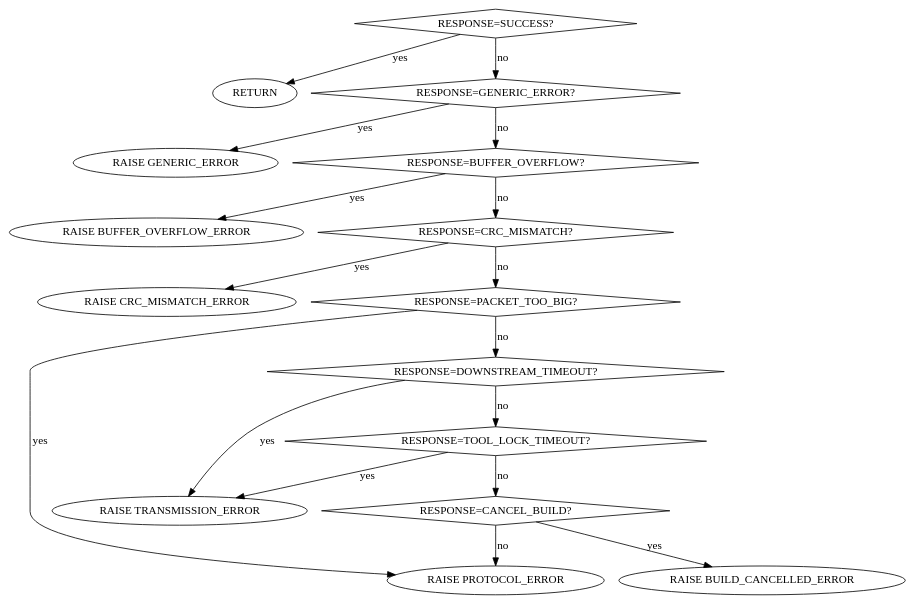
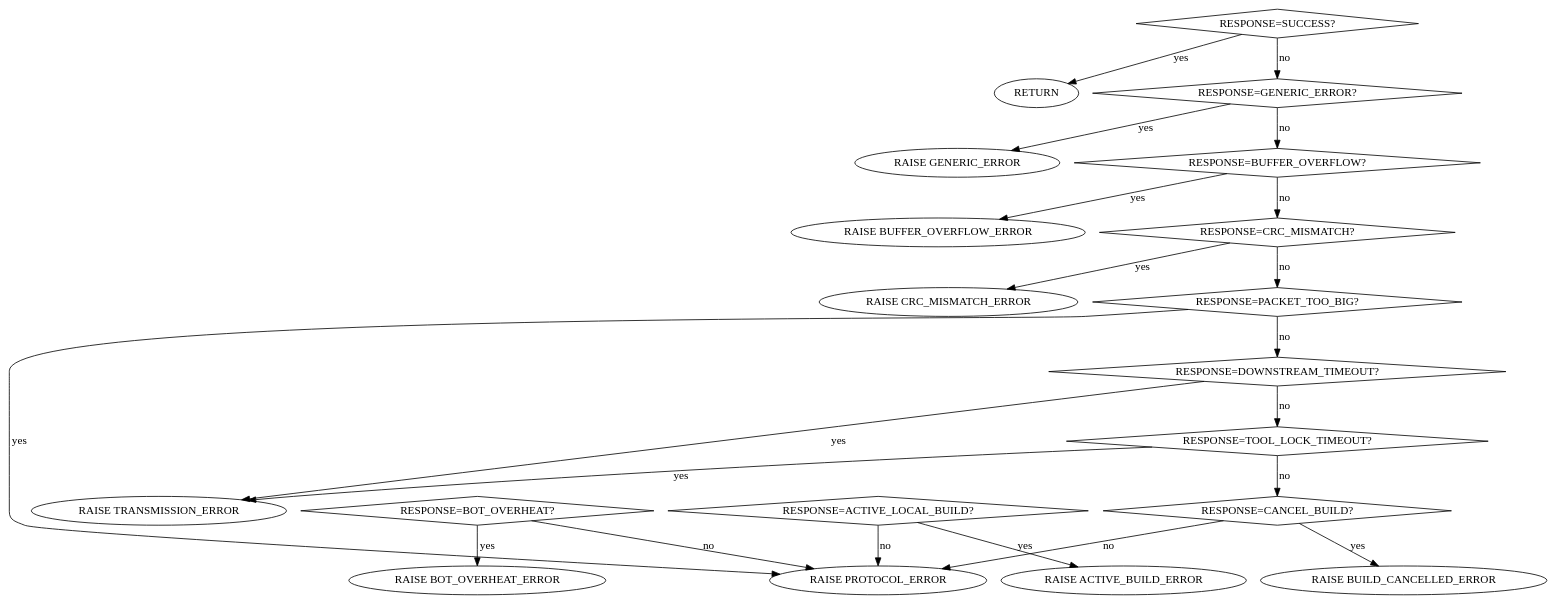
The diagram in doc/CheckResponseCode.dot (okeefm/s3g), drawn with Graphviz before and after one commit. The commit also changed 10 other files, not shown here.

```diff
--- a/doc/CheckResponseCode.dot
+++ b/doc/CheckResponseCode.dot
@@ -1,38 +1,46 @@
 // vim:ai:et:fenc=utf-8:ff=unix:sw=4:ts=4:
 
 digraph
 {
   rankdir=TB;
 
   "RESPONSE=SUCCESS?" [shape=diamond];
   "RESPONSE=SUCCESS?" -> "RETURN" [label="yes"];
   "RESPONSE=SUCCESS?" -> "RESPONSE=GENERIC_ERROR?" [label="no", weight=10];
 
   "RESPONSE=GENERIC_ERROR?" [shape=diamond];
   "RESPONSE=GENERIC_ERROR?" -> "RAISE GENERIC_ERROR" [label="yes"];
   "RESPONSE=GENERIC_ERROR?" -> "RESPONSE=BUFFER_OVERFLOW?" [label="no", weight=10];
 
   "RESPONSE=BUFFER_OVERFLOW?" [shape=diamond];
   "RESPONSE=BUFFER_OVERFLOW?" -> "RAISE BUFFER_OVERFLOW_ERROR" [label="yes"];
   "RESPONSE=BUFFER_OVERFLOW?" -> "RESPONSE=CRC_MISMATCH?" [label="no", weight=10];
 
   "RESPONSE=CRC_MISMATCH?" [shape=diamond];
   "RESPONSE=CRC_MISMATCH?" -> "RAISE CRC_MISMATCH_ERROR" [label="yes"];
   "RESPONSE=CRC_MISMATCH?" -> "RESPONSE=PACKET_TOO_BIG?" [label="no", weight=10];
 
   "RESPONSE=PACKET_TOO_BIG?" [shape=diamond];
   "RESPONSE=PACKET_TOO_BIG?" -> "RAISE PROTOCOL_ERROR" [label="yes"];
   "RESPONSE=PACKET_TOO_BIG?" -> "RESPONSE=DOWNSTREAM_TIMEOUT?" [label="no", weight=10];
 
   "RESPONSE=DOWNSTREAM_TIMEOUT?" [shape=diamond];
   "RESPONSE=DOWNSTREAM_TIMEOUT?" -> "RAISE TRANSMISSION_ERROR" [label="yes"];
   "RESPONSE=DOWNSTREAM_TIMEOUT?" -> "RESPONSE=TOOL_LOCK_TIMEOUT?" [label="no", weight=10];
 
   "RESPONSE=TOOL_LOCK_TIMEOUT?" [shape=diamond];
   "RESPONSE=TOOL_LOCK_TIMEOUT?" -> "RAISE TRANSMISSION_ERROR" [label="yes"];
   "RESPONSE=TOOL_LOCK_TIMEOUT?" -> "RESPONSE=CANCEL_BUILD?" [label="no", weight=10];
 
   "RESPONSE=CANCEL_BUILD?" [shape=diamond];
   "RESPONSE=CANCEL_BUILD?" -> "RAISE BUILD_CANCELLED_ERROR" [label="yes"];
   "RESPONSE=CANCEL_BUILD?" -> "RAISE PROTOCOL_ERROR" [label="no", weight=10];
+
+  "RESPONSE=ACTIVE_LOCAL_BUILD?" [shape=diamond];
+  "RESPONSE=ACTIVE_LOCAL_BUILD?" -> "RAISE ACTIVE_BUILD_ERROR" [label="yes"];
+  "RESPONSE=ACTIVE_LOCAL_BUILD?" -> "RAISE PROTOCOL_ERROR" [label="no", weight=10];
+
+  "RESPONSE=BOT_OVERHEAT?" [shape=diamond];
+  "RESPONSE=BOT_OVERHEAT?" -> "RAISE BOT_OVERHEAT_ERROR" [label="yes"];
+  "RESPONSE=BOT_OVERHEAT?" -> "RAISE PROTOCOL_ERROR" [label="no", weight=10];
 }
```
